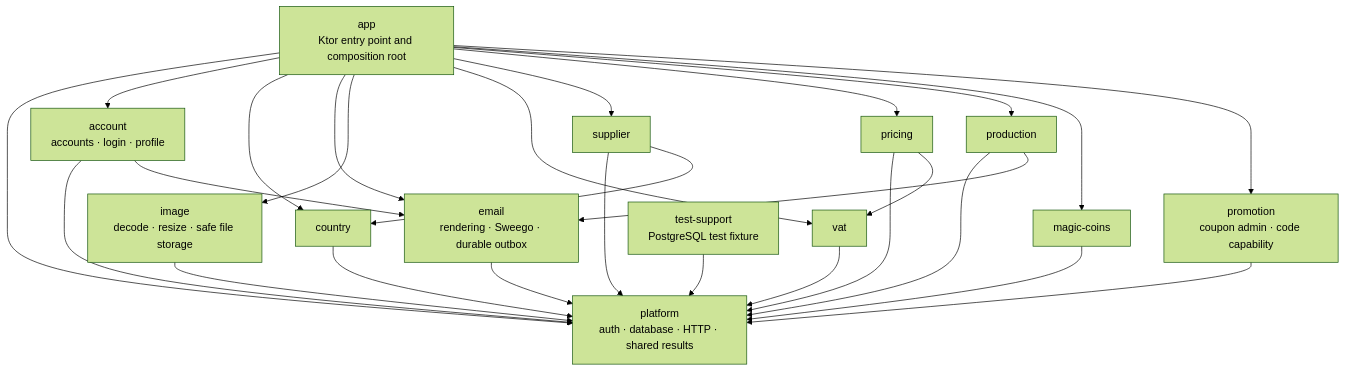
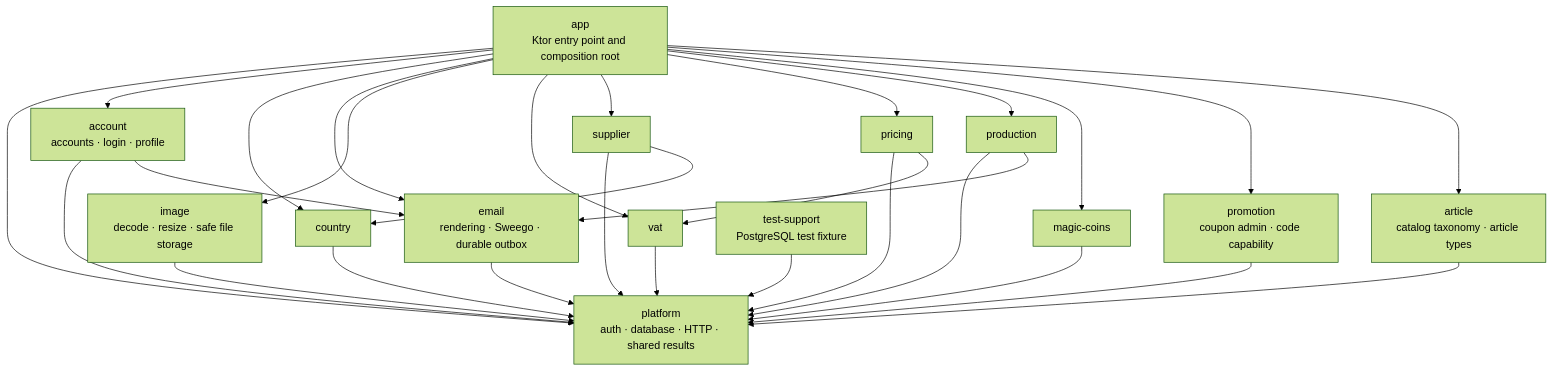
The diagram in docs/dev/backend/module-architecture.md (bitstorm-tech/voenix-shop-kotlin), drawn with Mermaid (forest theme) before and after one commit. The commit also changed other lines of this file and 28 other files, not shown here.

Commit message:
Article migration T3: V13 article schema, article module, category slice (#16)

````diff
--- a/docs/dev/backend/module-architecture.md
+++ b/docs/dev/backend/module-architecture.md
@@ -34,43 +34,46 @@
 ```mermaid
 flowchart TD
     App["app<br/>Ktor entry point and composition root"]
     Platform["platform<br/>auth · database · HTTP · shared results"]
     Country["country"]
     Email["email<br/>rendering · Sweego · durable outbox"]
     Image["image<br/>decode · resize · safe file storage"]
     Vat["vat"]
     Supplier["supplier"]
     Pricing["pricing"]
     Production["production"]
     MagicCoins["magic-coins"]
     Account["account<br/>accounts · login · profile"]
     Promotion["promotion<br/>coupon admin · code capability"]
+    Article["article<br/>catalog taxonomy · article types"]
     TestSupport["test-support<br/>PostgreSQL test fixture"]
 
     App --> Platform
     App --> Account
     App --> Country
     App --> Email
     App --> Image
     App --> Vat
     App --> Supplier
     App --> Pricing
     App --> Production
     App --> MagicCoins
     App --> Promotion
+    App --> Article
     Country --> Platform
     Email --> Platform
     Image --> Platform
     Vat --> Platform
     Supplier --> Platform
     Supplier --> Country
     Pricing --> Platform
     Pricing --> Vat
     Production --> Platform
     Production --> Email
     MagicCoins --> Platform
     Account --> Platform
     Account --> Email
     Promotion --> Platform
+    Article --> Platform
     TestSupport --> Platform
 ```
````
